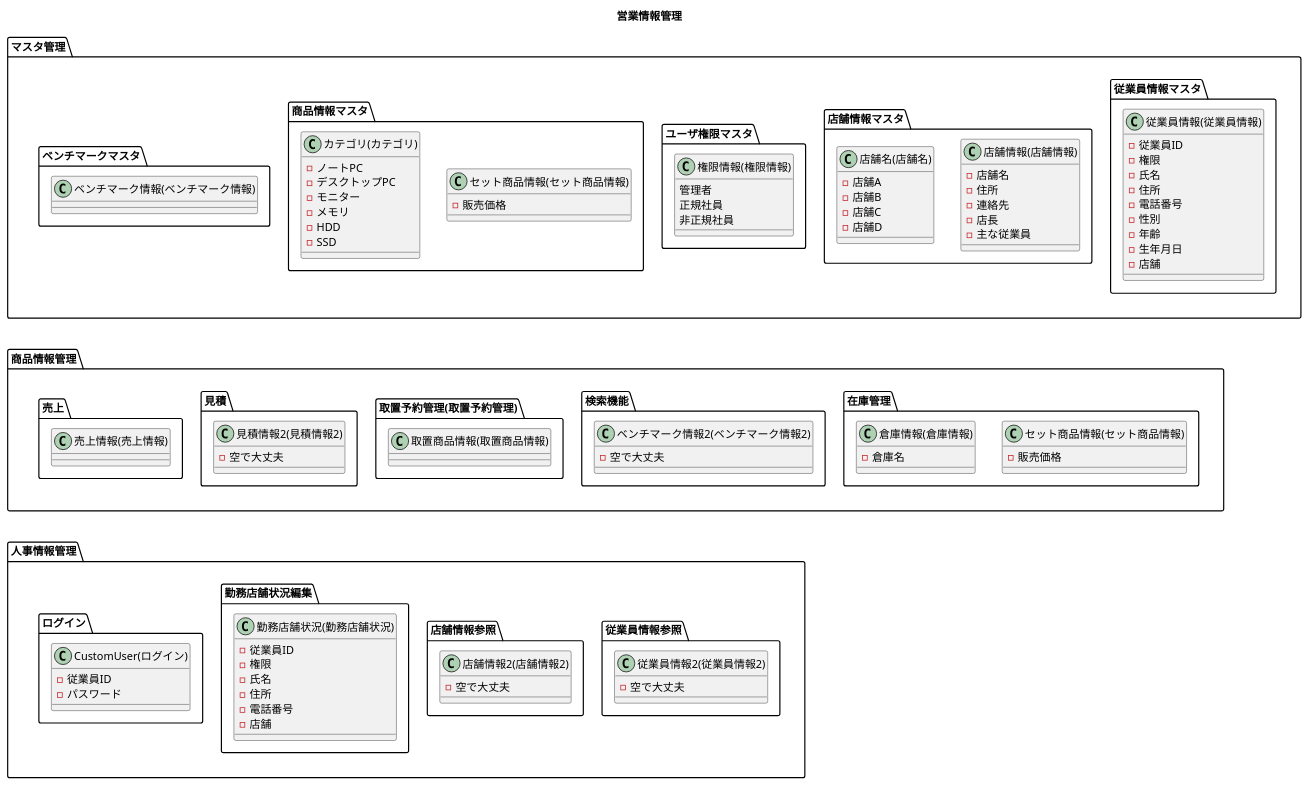
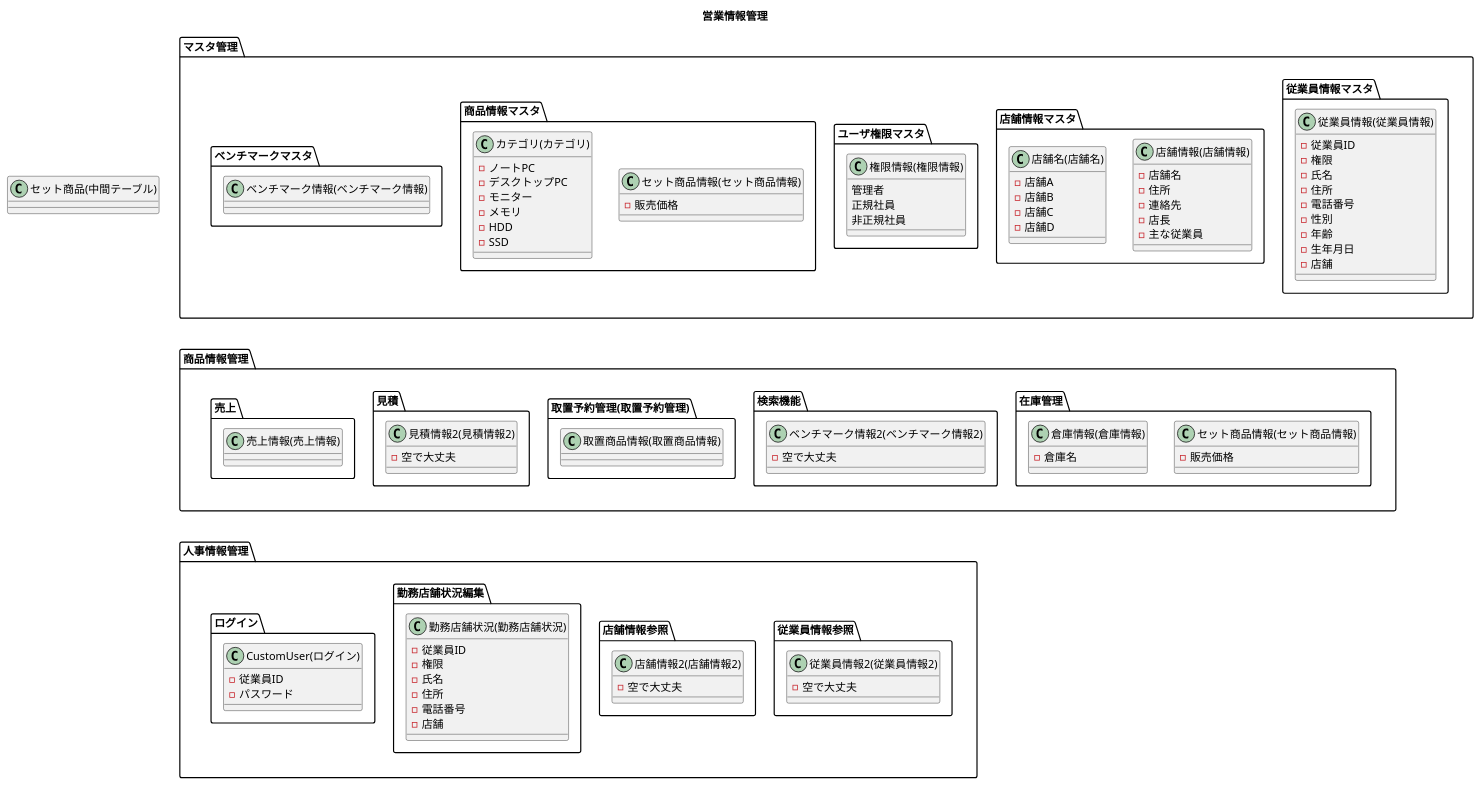
The diagram in 各種設計書/5クラス図/クラス図.plantuml (HaruShim/Sotuken), drawn with PlantUML before and after one commit.

```diff
--- a/各種設計書/5クラス図/クラス図.plantuml
+++ b/各種設計書/5クラス図/クラス図.plantuml
@@ -1,174 +1,182 @@
 @startuml クラス図
 ' left to right direction
 
 title 営業情報管理
 
 
 package "マスタ管理" as mastermana {
     package 従業員情報マスタ{
         ' 従業員情報
         ' モデル
         class 従業員情報(従業員情報){
             -従業員ID
             -権限
             -氏名
             -住所
             -電話番号
             -性別
             -年齢
             -生年月日
             -店舗
         }
     }
     package "店舗情報マスタ"{
         ' 店舗情報
         ' モデル
         class 店舗情報(店舗情報){
             -店舗名
             -住所
             -連絡先
             -店長
             -主な従業員
         }
         class 店舗名(店舗名){
             -店舗A
             -店舗B
             -店舗C
             -店舗D
         }
     }
     package ユーザ権限マスタ{
         'ユーザ権限'
         ' モデル
         class 権限情報(権限情報){
             管理者
             正規社員
             非正規社員
         }
     }
     package 商品情報マスタ{
         ' 商品情報管理
         ' モデル
         class セット商品情報(セット商品情報){
             -販売価格
             ' 保留中
         }
         class カテゴリ(カテゴリ){
             -ノートPC
             -デスクトップPC
             -モニター
             -メモリ
             -HDD
             -SSD
         }
         ' コントローラ
         ' class セット商品情報一覧(商品情報一覧){}
         ' class 新規登録(新規登録)){}
         ' class 詳細(詳細){}
         ' class 編集(編集){}
     }
     package ベンチマークマスタ{
         ' ベンチマークマスタ
         ' モデル
         class ベンチマーク情報(ベンチマーク情報){
             ' 保留中
         }
     }
     ' package 売上情報マスタ{
         ' 売上情報
         ' モデル
         
 }
 
 
 package "商品情報管理" as itemmana {
     package 在庫管理{
         ' 商品情報管理
         ' モデル
         class セット商品情報(セット商品情報){
             -販売価格
             ' 保留中
         }
         class 倉庫情報(倉庫情報){
         -倉庫名
         ' +移動指示()
         }
     }
     package 検索機能{
         ' ベンチマークマスタ
         ' モデル
         class ベンチマーク情報2(ベンチマーク情報2){
             ' 保留中
             -空で大丈夫
         }
     }
     package 取置予約管理(取置予約管理){
         ' 取置商品情報
         ' モデル
         class 取置商品情報(取置商品情報){}
     }
     package 見積{
         class 見積情報2(見積情報2){
             -空で大丈夫
         }
     }
     package 売上{
         ' 売上情報
         ' モデル
         class 売上情報(売上情報){}
     }
     
     
 }
 
 
 package "人事情報管理" as huremana {
     package 従業員情報参照{
         class 従業員情報2(従業員情報2){
             -空で大丈夫
         }
     }
     package 店舗情報参照{
         class 店舗情報2(店舗情報2){
             -空で大丈夫
         }
     }
     package 勤務店舗状況編集{
         class 勤務店舗状況(勤務店舗状況){
             -従業員ID
             -権限
             -氏名
             -住所
             -電話番号
             -店舗
         }
     }
     package ログイン{
         ' ログイン'
         ' モデル
         ' class "django-allauth(ログイン)" as da{
         '     -従業員ID
         '     -パスワード
         '     ' +ログイン()
         ' }
         class CustomUser(ログイン){
             -従業員ID
             -パスワード
         }
     }
 }
+
+' 中間テーブル
+' セット商品モデル
+class セット商品(中間テーブル){
+    ' 商品名、id、型番、セット名
+}
+
+
 ' class Meta{
 '     -保留
 ' }
 
 mastermana -[hidden]down- itemmana
 itemmana -[hidden]down- huremana
 ' itemmana -[hidden]- huremana
 ' mastermana -[hidden]down- itemmana
 ' mastermana -[hidden]down- huremana
 
 ' 要素の書き出しから
 
 
 ' CustomUser +-- Meta
 @enduml
```
